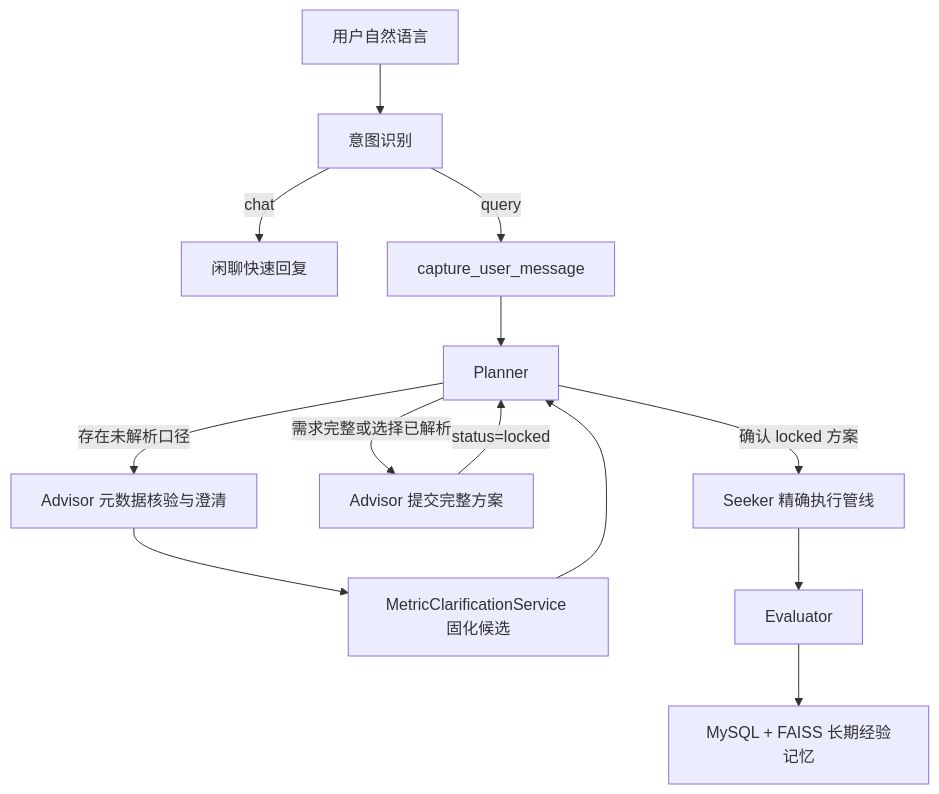
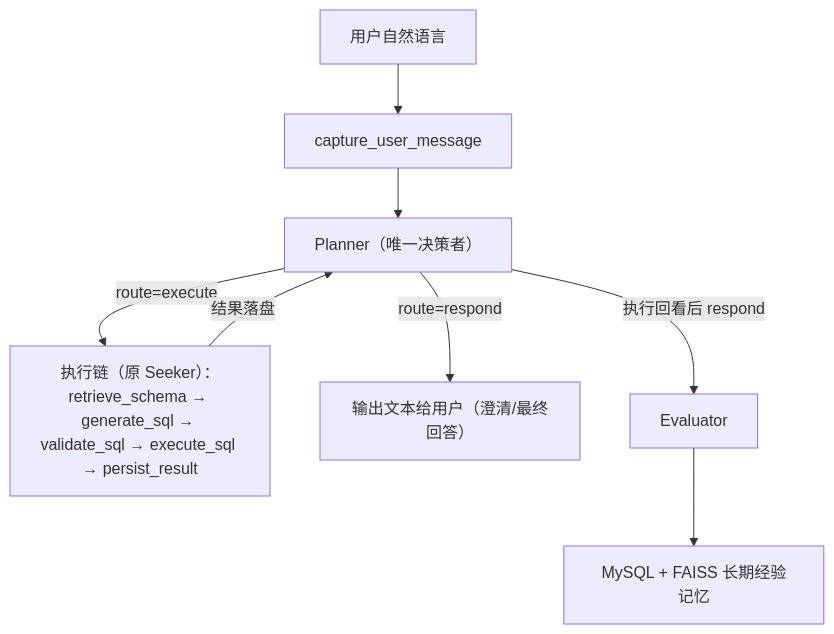
The diagram in docs/README.md (18336621007/warehouseAgent), drawn with Mermaid before and after one commit. The commit also changed other lines of this file and 45 other files, not shown here.

````diff
--- a/docs/README.md
+++ b/docs/README.md
@@ -91,15 +91,10 @@
 ```mermaid
 flowchart TD
-    U["用户自然语言"] --> I["意图识别"]
-    I -->|chat| Chat["闲聊快速回复"]
-    I -->|query| C["capture_user_message"]
-    C --> P["Planner"]
-    P -->|存在未解析口径| AC["Advisor 元数据核验与澄清"]
-    AC --> MC["MetricClarificationService 固化候选"]
-    MC --> P
-    P -->|需求完整或选择已解析| AP["Advisor 提交完整方案"]
-    AP -->|status=locked| P
-    P -->|确认 locked 方案| S["Seeker 精确执行管线"]
-    S --> E["Evaluator"]
+    U["用户自然语言"] --> C["capture_user_message"]
+    C --> P["Planner（唯一决策者）"]
+    P -->|route=execute| S["执行链（原 Seeker）：retrieve_schema → generate_sql → validate_sql → execute_sql → persist_result"]
+    S -->|结果落盘| P
+    P -->|route=respond| R["输出文本给用户（澄清/最终回答）"]
+    P -->|执行回看后 respond| E["Evaluator"]
     E --> L["MySQL + FAISS 长期经验记忆"]
 ```
````
